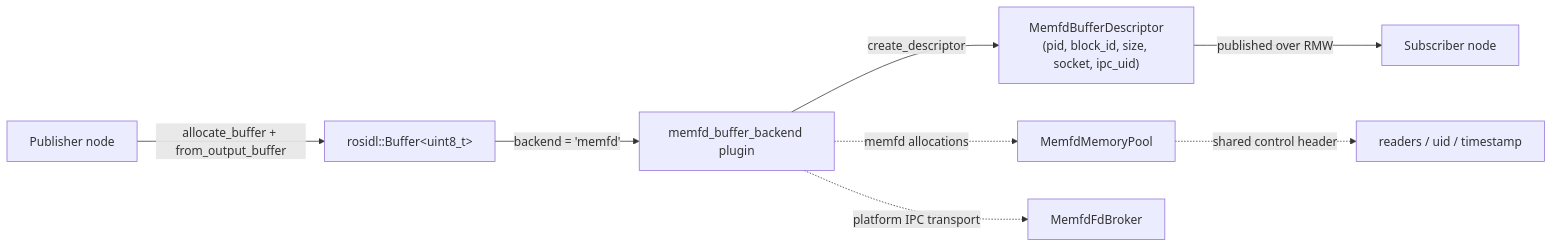
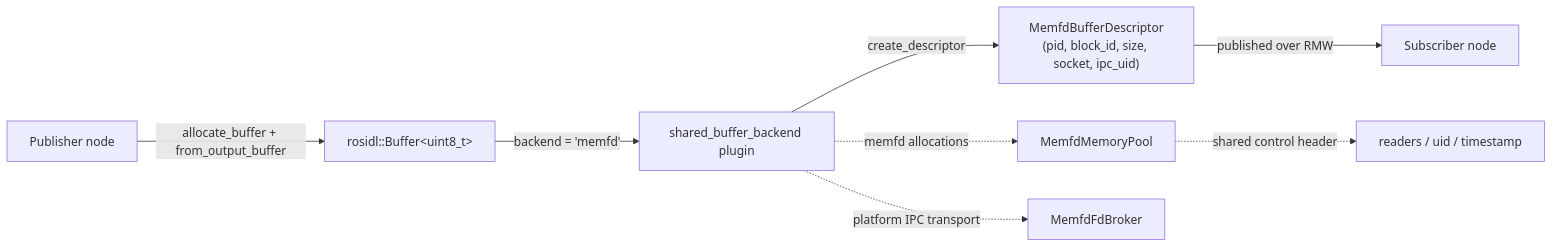
The first of 5 diagrams in docs/memfd_buffer_backend_design.md (dskkato/memfd_buffer_backend), drawn with Mermaid before and after one commit. The commit also changed other lines of this file and 13 other files, not shown here.

Commit message:
Rename backend package to shared_buffer_backend

````diff
--- a/docs/memfd_buffer_backend_design.md
+++ b/docs/memfd_buffer_backend_design.md
@@ -30,14 +30,14 @@
 ```mermaid
 flowchart LR
   Pub["Publisher node"]
   Sub["Subscriber node"]
 
   Pub -->|"allocate_buffer + from_output_buffer"| Buffer["rosidl::Buffer&lt;uint8_t&gt;"]
-  Buffer -->|"backend = 'memfd'"| Plugin[memfd_buffer_backend plugin]
+  Buffer -->|"backend = 'memfd'"| Plugin[shared_buffer_backend plugin]
   Plugin -->|"create_descriptor"| Descriptor["MemfdBufferDescriptor<br/>(pid, block_id, size, socket, ipc_uid)"]
   Descriptor -->|"published over RMW"| Sub
 
   Plugin -.->|"memfd allocations"| Pool[MemfdMemoryPool]
   Plugin -.->|"platform IPC transport"| Broker[MemfdFdBroker]
   Pool -.->|"shared control header"| Control["readers / uid / timestamp"]
 ```
````
